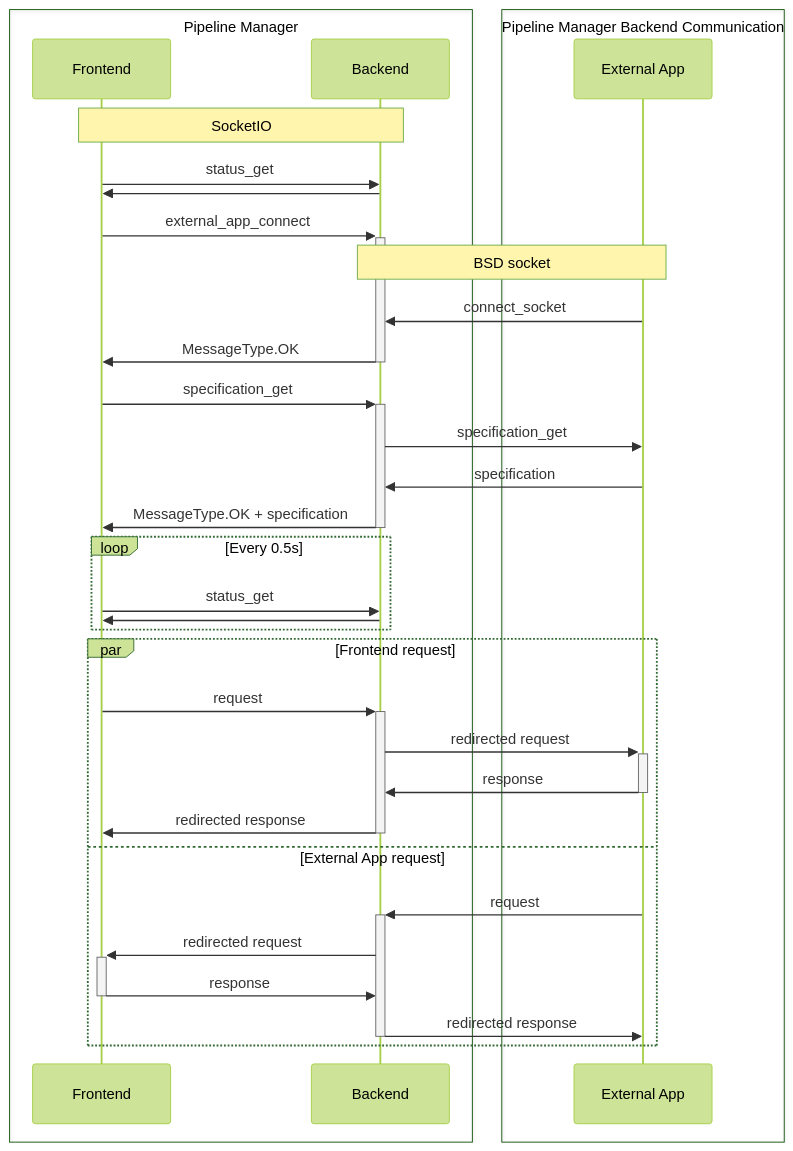
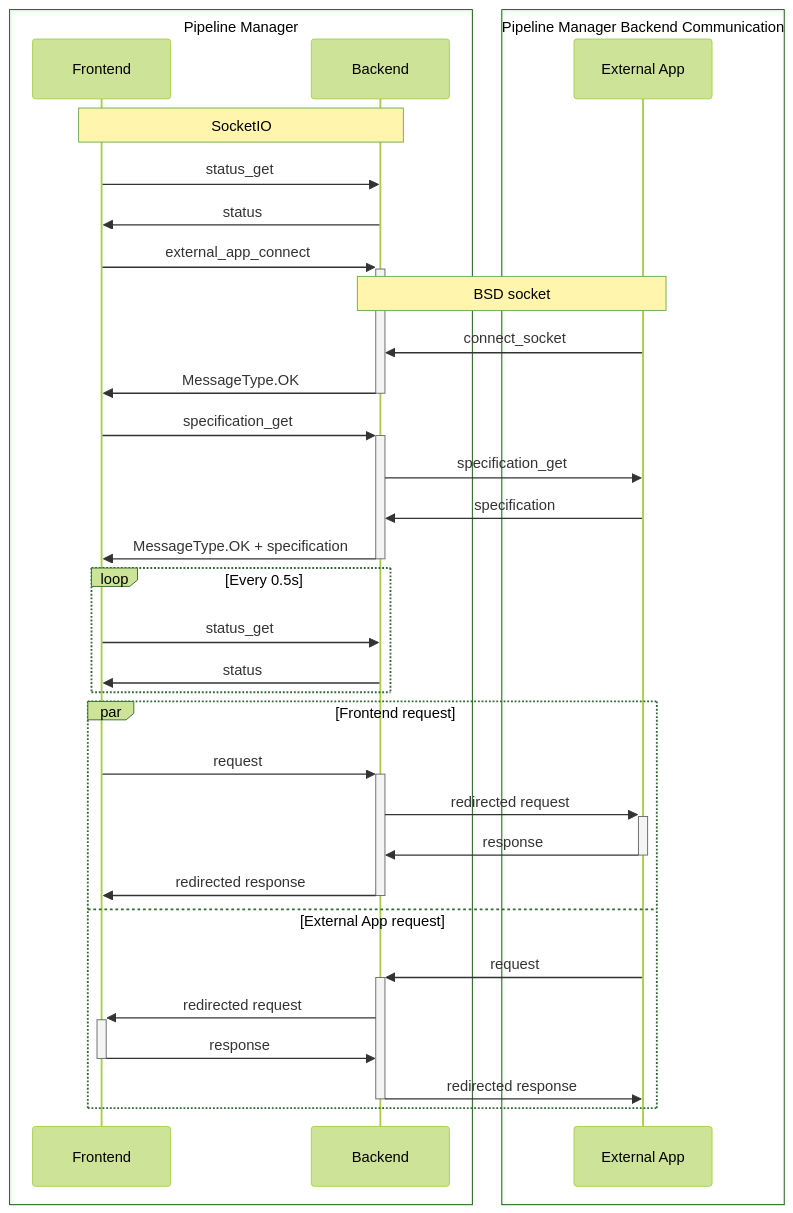
One commit to antmicro/kenning-pipeline-manager changed the first of 2 diagrams in docs/source/external-app-communication.md. Above: the diagram before and after it, drawn with Mermaid (forest theme).

Commit message:
[#52381] docs: external-app-communication: Fixed mermaid graph

````diff
--- a/docs/source/external-app-communication.md
+++ b/docs/source/external-app-communication.md
@@ -23,38 +23,38 @@
 ```{mermaid}
 :caption: Communication sequence diagram
 :alt: Communication sequence diagram
 sequenceDiagram
     box Pipeline Manager
         participant Frontend
         participant Backend
     end
     box Pipeline Manager Backend Communication
         participant External App
     end
     Note over Frontend,Backend: SocketIO
     Frontend->>Backend: status_get
-    Backend->>Frontend:
+    Backend->>Frontend: status
     Frontend->>+Backend: external_app_connect
     Note over Backend,External App: BSD socket
     External App->>Backend: connect_socket
     Backend->>-Frontend: MessageType.OK
     Frontend->>+Backend: specification_get
     Backend->>External App: specification_get
     External App->>Backend: specification
     Backend->>-Frontend: MessageType.OK + specification
     loop Every 0.5s
         Frontend->>Backend: status_get
-        Backend->>Frontend:
+        Backend->>Frontend: status
     end
     par Frontend request
         Frontend->>+Backend: request
         Backend->>+External App: redirected request
         External App->>-Backend: response
         Backend->>-Frontend: redirected response
     and External App request
         External App->>+Backend: request
         Backend->>+Frontend: redirected request
         Frontend->>-Backend: response
         Backend->>-External App: redirected response
     end
 ```
````
